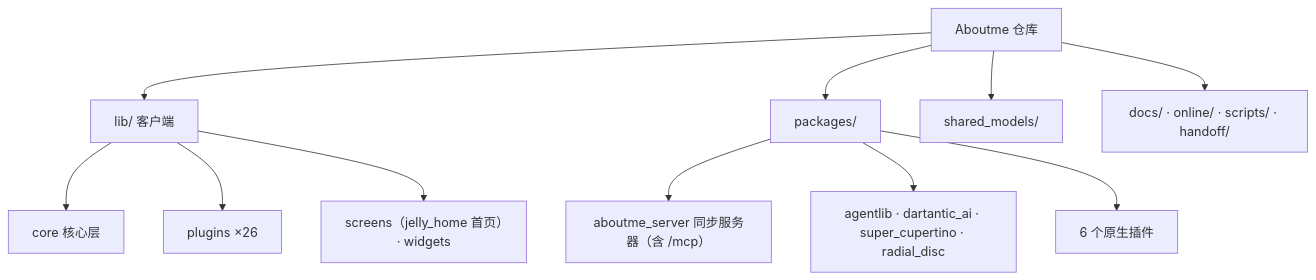
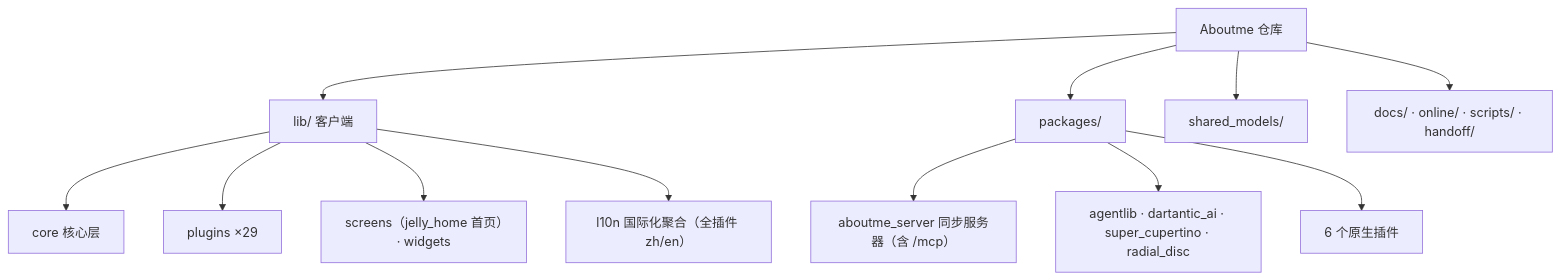
Before and after one commit to hunmer/about-me: the diagram in CLAUDE.md, drawn with Mermaid. The commit also changed other lines of this file and 26 other files, not shown here.

````diff
--- a/CLAUDE.md
+++ b/CLAUDE.md
@@ -57,13 +59,14 @@
 ```mermaid
 graph TD
     Root["Aboutme 仓库"] --> Lib["lib/ 客户端"]
     Root --> Pkg["packages/"]
     Root --> Shared["shared_models/"]
     Root --> Docs["docs/ · online/ · scripts/ · handoff/"]
     Pkg --> Srv["aboutme_server 同步服务器（含 /mcp）"]
     Pkg --> Dart["agentlib · dartantic_ai · super_cupertino · radial_disc"]
     Pkg --> Native["6 个原生插件"]
     Lib --> Core["core 核心层"]
-    Lib --> Plugins["plugins ×26"]
+    Lib --> Plugins["plugins ×29"]
     Lib --> UI["screens（jelly_home 首页）· widgets"]
+    Lib --> L10n["l10n 国际化聚合（全插件 zh/en）"]
 ```
````
